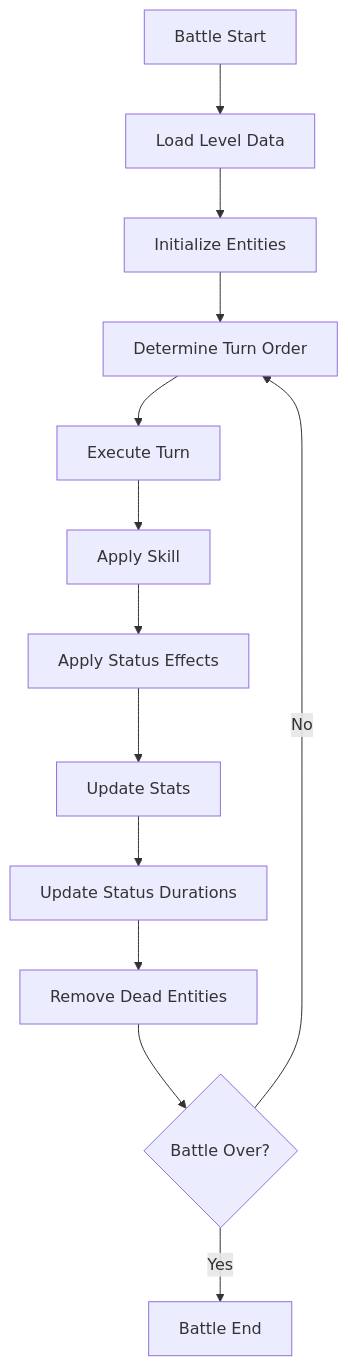
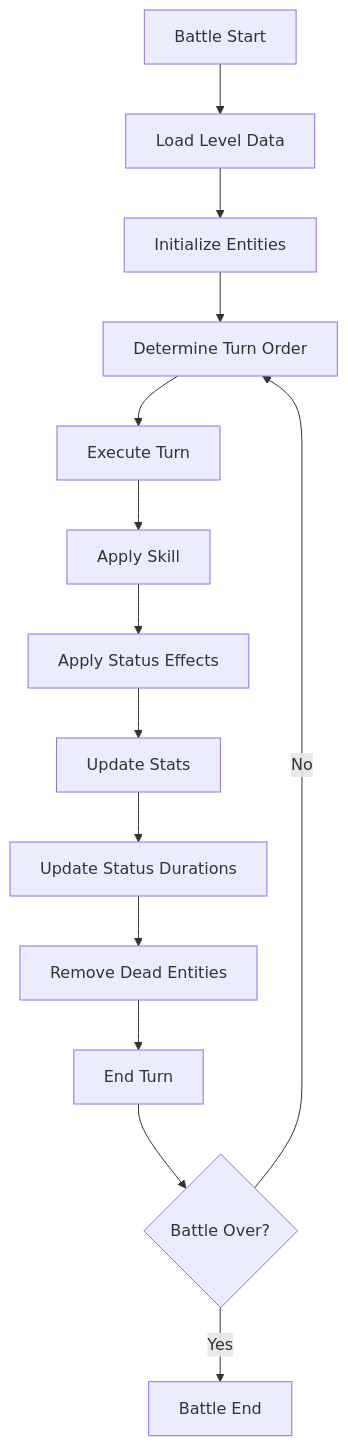
Before and after one commit to Soren64/Sonnylike-RPG: the diagram in README.md, drawn with Mermaid.

Commit message:
Update README.md
Added "End Turn" under combat flow diagram

````diff
--- a/README.md
+++ b/README.md
@@ -17,15 +17,16 @@
 ```mermaid
 flowchart TD
     A[Battle Start] --> B[Load Level Data]
     B --> C[Initialize Entities]
     C --> D[Determine Turn Order]
     D --> E[Execute Turn]
     E --> F[Apply Skill]
     F --> G[Apply Status Effects]
     G --> H[Update Stats]
     H --> I[Update Status Durations]
     I --> J[Remove Dead Entities]
-    J --> K{Battle Over?}
-    K -- No --> D
-    K -- Yes --> L[Battle End]
+    J --> K[End Turn]
+    K --> L{Battle Over?}
+    L -- No --> D
+    L -- Yes --> M[Battle End]
 ```
````
